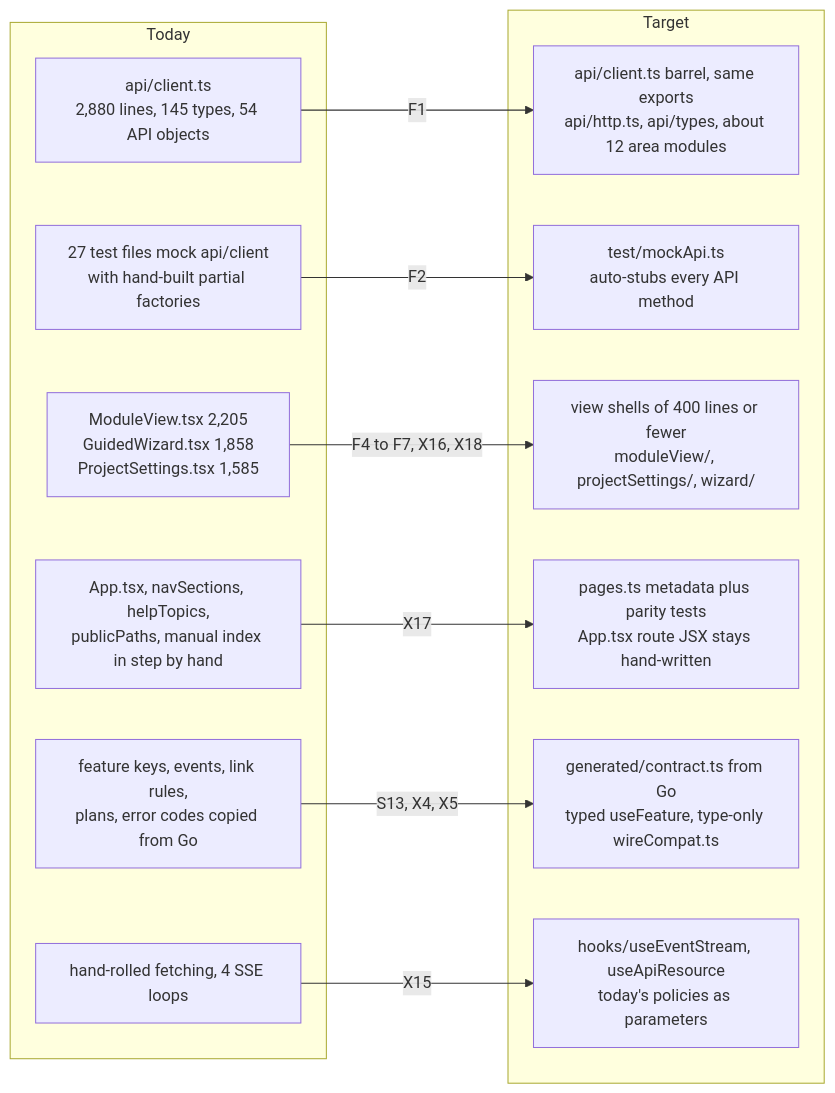
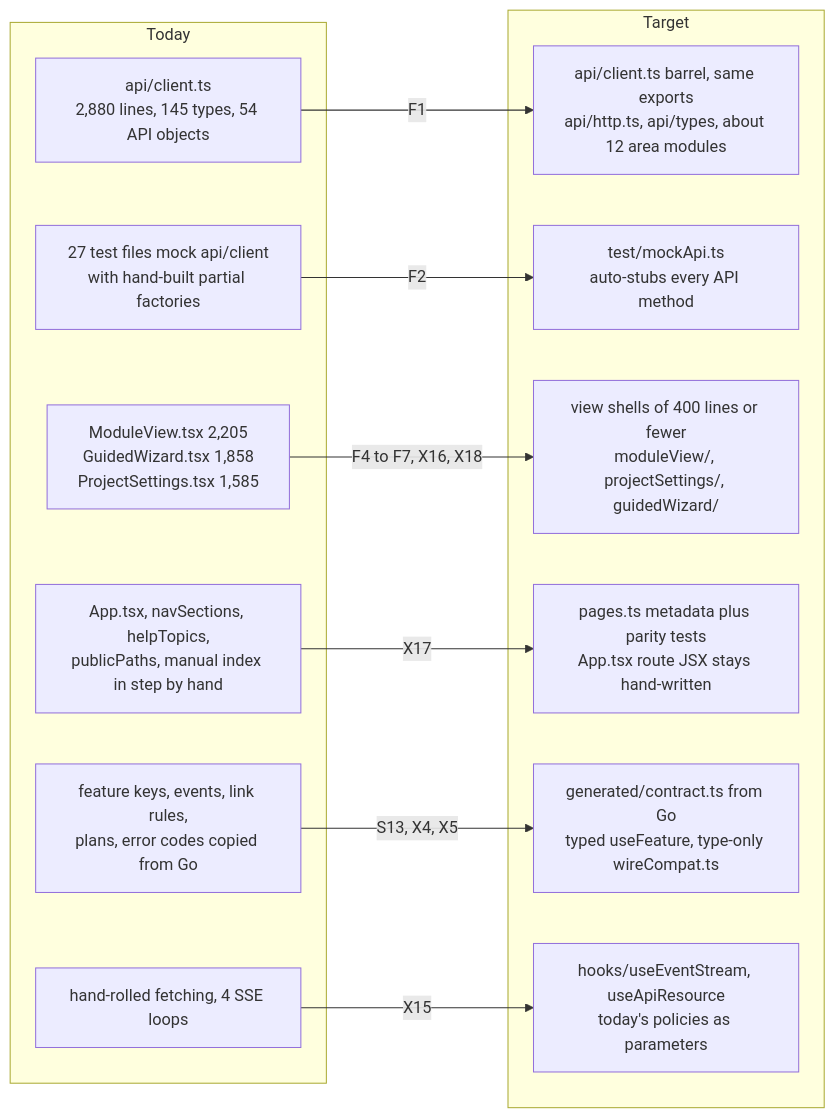
Before and after one commit to desktopmachineshop/OpenV: the second of 6 diagrams in docs/plans/codebase-refactor.md, drawn with Mermaid. The commit also changed other lines of this file and 6 other files, not shown here.

````diff
--- a/docs/plans/codebase-refactor.md
+++ b/docs/plans/codebase-refactor.md
@@ -323,25 +358,25 @@
 ```mermaid
 flowchart LR
   subgraph FNOW["Today"]
     f_client["api/client.ts<br/>2,880 lines, 145 types, 54 API objects"]
     f_mocks["27 test files mock api/client<br/>with hand-built partial factories"]
     f_views["ModuleView.tsx 2,205<br/>GuidedWizard.tsx 1,858<br/>ProjectSettings.tsx 1,585"]
     f_pages["App.tsx, navSections, helpTopics,<br/>publicPaths, manual index in step by hand"]
     f_vocab["feature keys, events, link rules,<br/>plans, error codes copied from Go"]
     f_fetch["hand-rolled fetching, 4 SSE loops"]
   end
   subgraph FNEXT["Target"]
     t_barrel["api/client.ts barrel, same exports<br/>api/http.ts, api/types, about 12 area modules"]
     t_mock["test/mockApi.ts<br/>auto-stubs every API method"]
-    t_shells["view shells of 400 lines or fewer<br/>moduleView/, projectSettings/, wizard/"]
+    t_shells["view shells of 400 lines or fewer<br/>moduleView/, projectSettings/, guidedWizard/"]
     t_pages["pages.ts metadata plus parity tests<br/>App.tsx route JSX stays hand-written"]
     t_gen["generated/contract.ts from Go<br/>typed useFeature, type-only wireCompat.ts"]
     t_hooks["hooks/useEventStream, useApiResource<br/>today's policies as parameters"]
   end
   f_client -->|"F1"| t_barrel
   f_mocks -->|"F2"| t_mock
   f_views -->|"F4 to F7, X16, X18"| t_shells
   f_pages -->|"X17"| t_pages
   f_vocab -->|"S13, X4, X5"| t_gen
   f_fetch -->|"X15"| t_hooks
 ```
````
